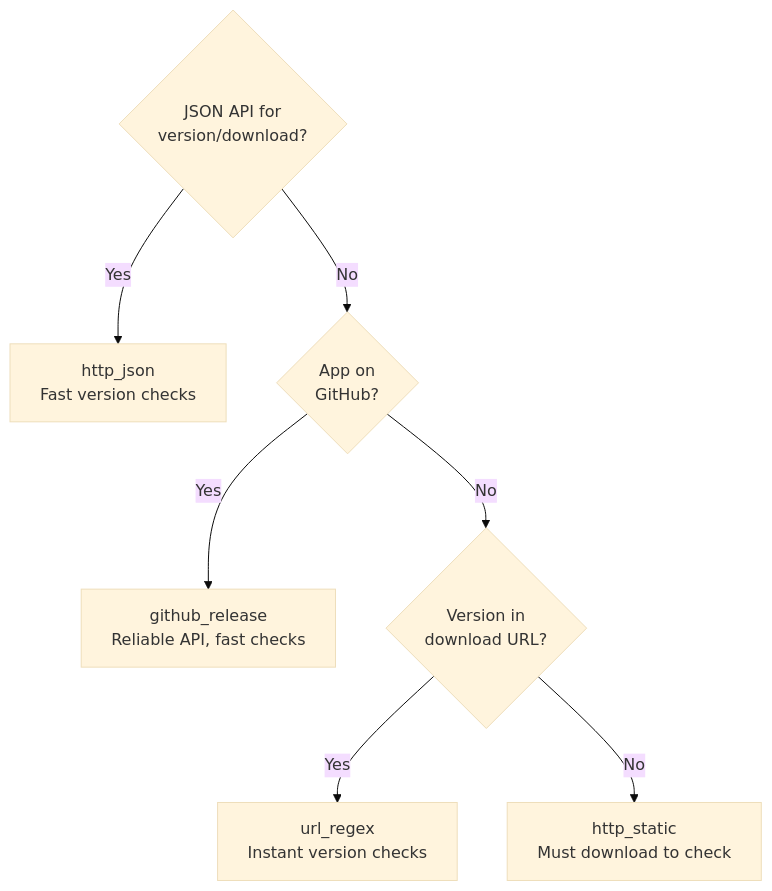
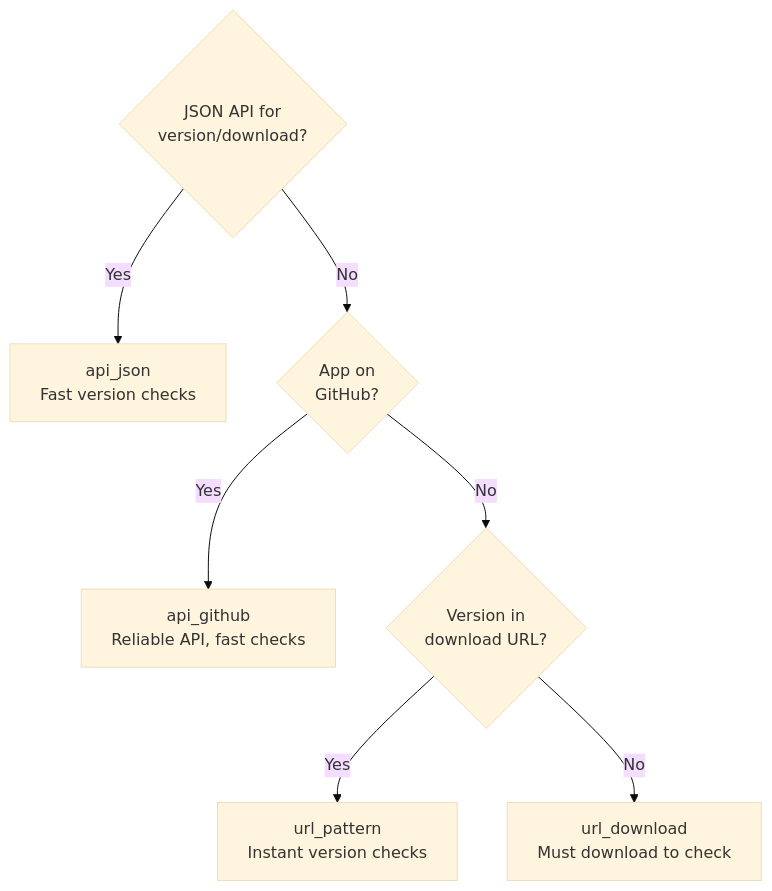
Before and after one commit to RogerCibrian/notapkgtool: the first of 3 diagrams in docs/user-guide.md, drawn with Mermaid (base theme). The commit also changed other lines of this file and 34 other files, not shown here.

````diff
--- a/docs/user-guide.md
+++ b/docs/user-guide.md
@@ -218,10 +216,10 @@
 ```mermaid
 flowchart TD
     Start{JSON API for<br/>version/download?}
-    Start -->|Yes| JSON[http_json<br/>Fast version checks]
+    Start -->|Yes| JSON[api_json<br/>Fast version checks]
     Start -->|No| GitHub{App on<br/>GitHub?}
-    GitHub -->|Yes| GHRelease[github_release<br/>Reliable API, fast checks]
+    GitHub -->|Yes| GHRelease[api_github<br/>Reliable API, fast checks]
     GitHub -->|No| URLVersion{Version in<br/>download URL?}
-    URLVersion -->|Yes| Regex[url_regex<br/>Instant version checks]
-    URLVersion -->|No| Static[http_static<br/>Must download to check]
+    URLVersion -->|Yes| Regex[url_pattern<br/>Instant version checks]
+    URLVersion -->|No| Static[url_download<br/>Must download to check]
 ```
````
